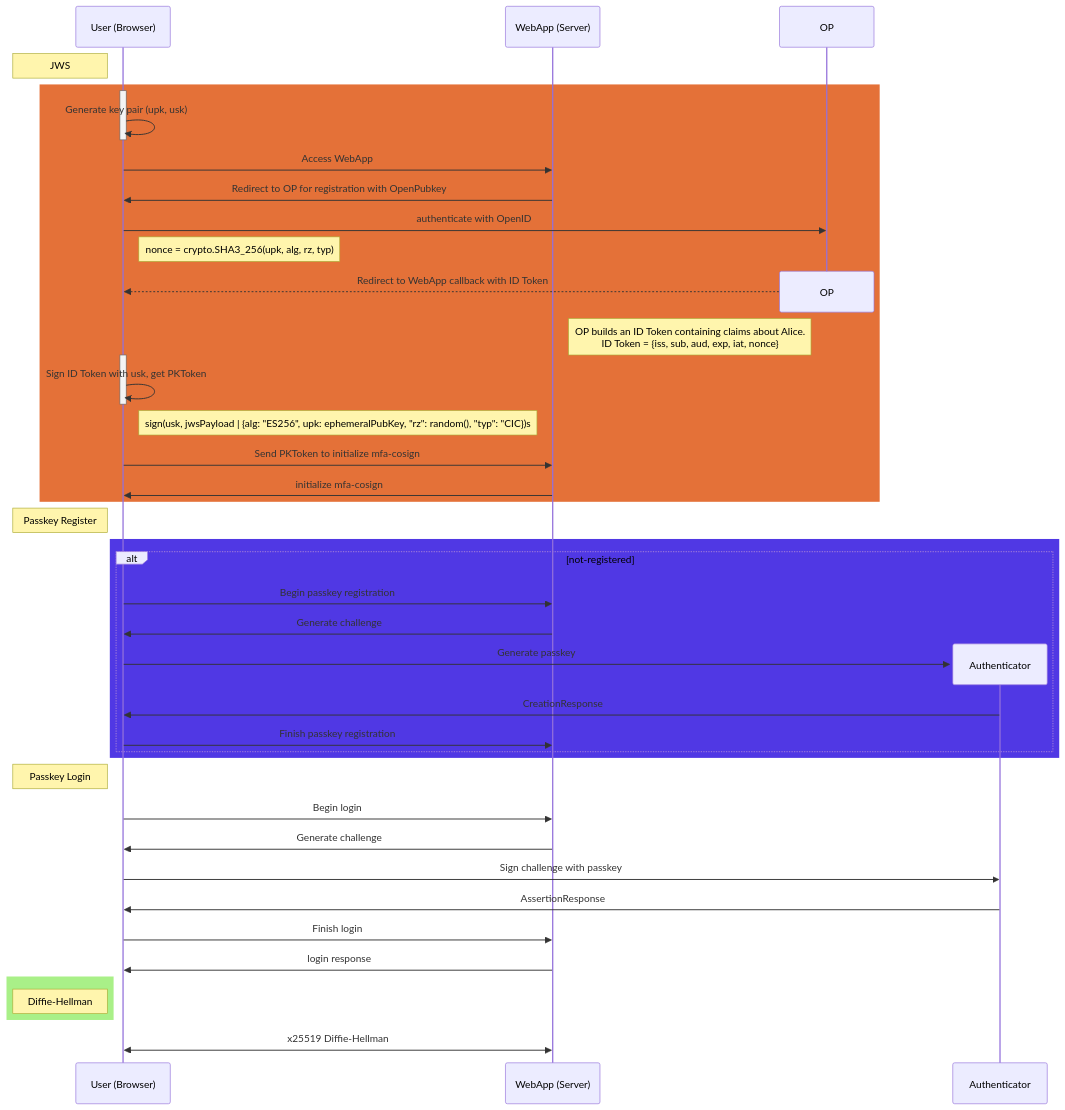
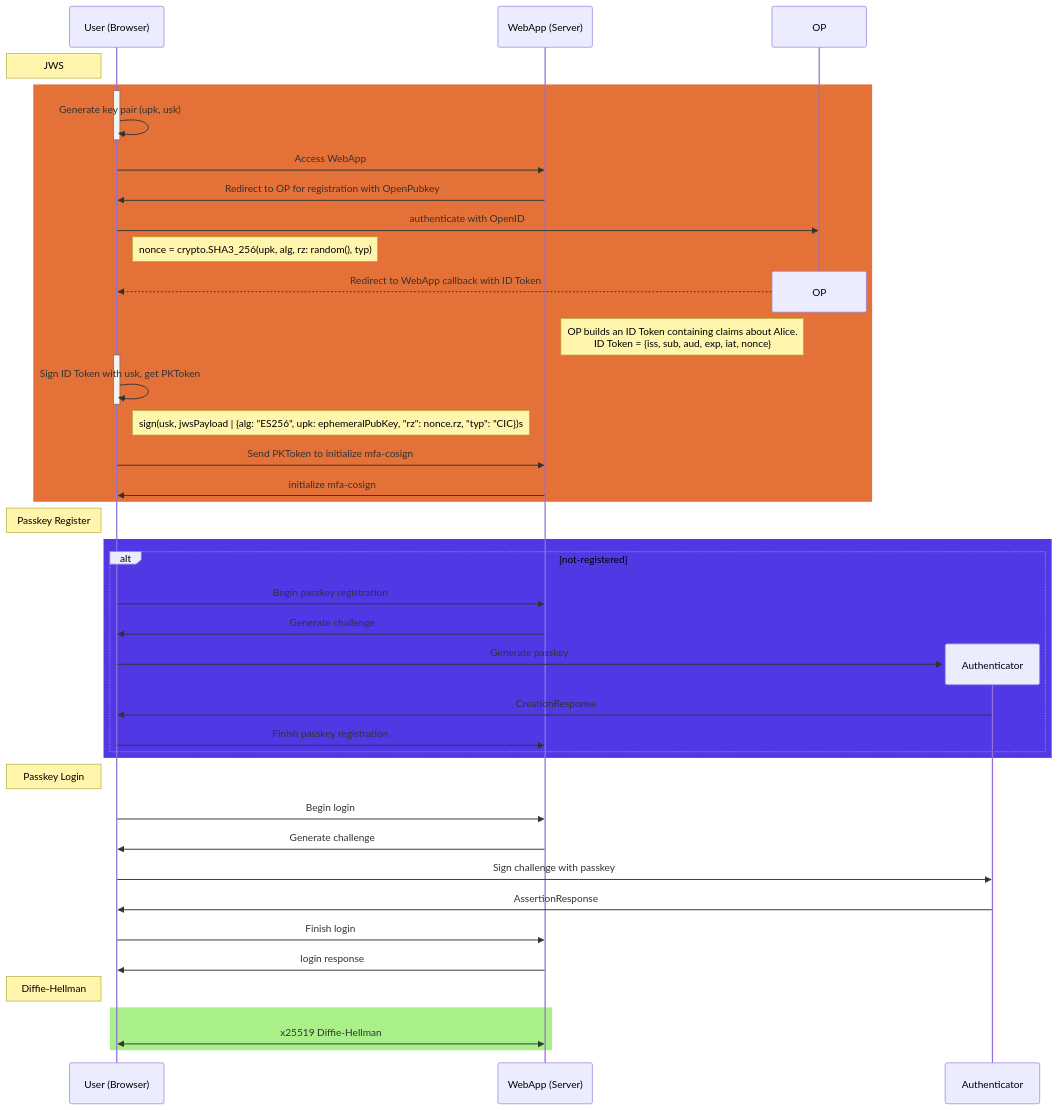
Before and after one commit to hpgo6688/wrong-docs: the diagram in docs/passkey/openpubkey_authentication.md, drawn with Mermaid. The commit also changed other lines of this file and 1 other file, not shown here.

````diff
--- a/docs/passkey/openpubkey_authentication.md
+++ b/docs/passkey/openpubkey_authentication.md
@@ -15,52 +15,53 @@
 ```mermaid
 
 sequenceDiagram
  Note left of User: JWS
  rect rgba(225, 98, 35, 0.9)
     participant User as User (Browser)
     participant WebApp as WebApp (Server)
 
     activate User
     User->>User: Generate key pair (upk, usk)
     deactivate User
     User->>WebApp: Access WebApp
     WebApp->>User: Redirect to OP for registration with OpenPubkey
 
     User->>OP: authenticate with OpenID
-    Note right of User: nonce = crypto.SHA3_256(upk, alg, rz, typ)
+    Note right of User: nonce = crypto.SHA3_256(upk, alg, rz:  random(), typ)
     destroy OP
     OP-->>User: Redirect to WebApp callback with ID Token
     Note left of OP: OP builds an ID Token containing claims about Alice.<br/>ID Token = {iss, sub, aud, exp, iat, nonce}
     activate User
     User->>User: Sign ID Token with usk, get PKToken
     deactivate User
-    Note right of User: sign(usk, jwsPayload | {alg: "ES256", upk: ephemeralPubKey, "rz": random(), "typ": "CIC})s
+    Note right of User: sign(usk, jwsPayload | {alg: "ES256", upk: ephemeralPubKey, "rz": nonce.rz, "typ": "CIC})s
 
     User->>WebApp: Send PKToken to initialize mfa-cosign
     WebApp->>User: initialize mfa-cosign
     end
 
     Note left of User: Passkey Register
     rect rgba(61, 35, 225, 0.9)
     alt not-registered
     User->>WebApp: Begin passkey registration
     WebApp->>User: Generate challenge
     create participant Authenticator
     User->>Authenticator: Generate passkey
     Authenticator->>User: CreationResponse
     User->>WebApp: Finish passkey registration
     end
     end
     Note left of User: Passkey Login
     User->>WebApp: Begin login
     WebApp->>User: Generate challenge
     User->>Authenticator: Sign challenge with passkey
     Authenticator->>User: AssertionResponse
     User->>WebApp: Finish login
     WebApp->>User: login response
+    
+    Note left of User: Diffie-Hellman
+ 
     rect rgba(84, 225, 18, 0.5)
-    Note left of User: Diffie-Hellman
+    WebApp<<->>User: x25519 Diffie-Hellman
     end
-
-    WebApp<<->>User: x25519 Diffie-Hellman
 ```
````
